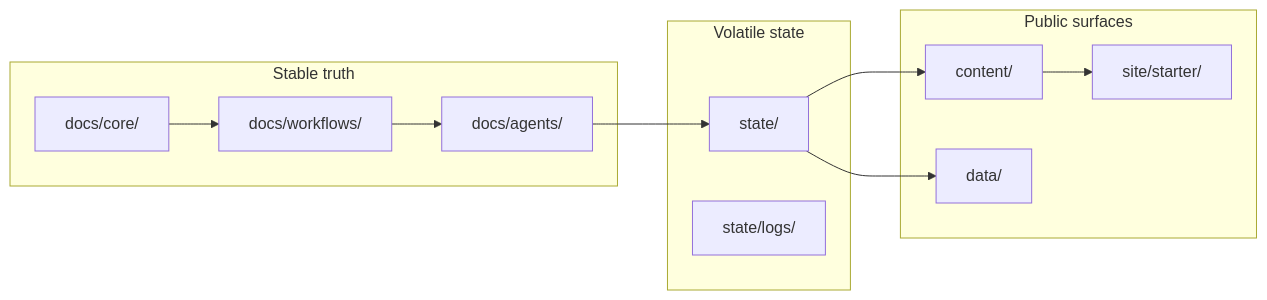
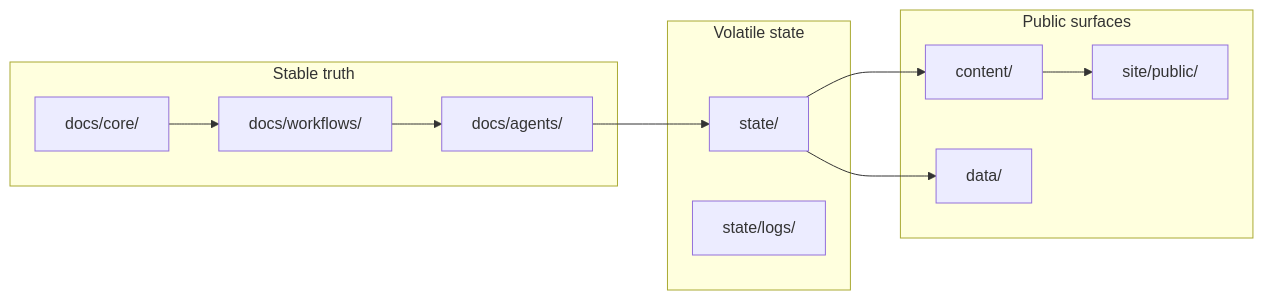
The diagram in README.md (DidacLL/AgenticCareerBoost), drawn with Mermaid before and after one commit. The commit also changed other lines of this file and 10 other files, not shown here.

````diff
--- a/README.md
+++ b/README.md
@@ -70,23 +70,23 @@
 ```mermaid
 flowchart LR
     subgraph truth [Stable truth]
         Core[docs/core/]
         WF[docs/workflows/]
         Roles[docs/agents/]
     end
     subgraph volatile [Volatile state]
         State[state/]
         Logs[state/logs/]
     end
     subgraph outputs [Public surfaces]
         Content[content/]
-        Site[site/starter/]
+        Site[site/public/]
         Data[data/]
     end
 
     Core --> WF --> Roles
     Roles --> State
     State --> Content
     Content --> Site
     State --> Data
 ```
````
